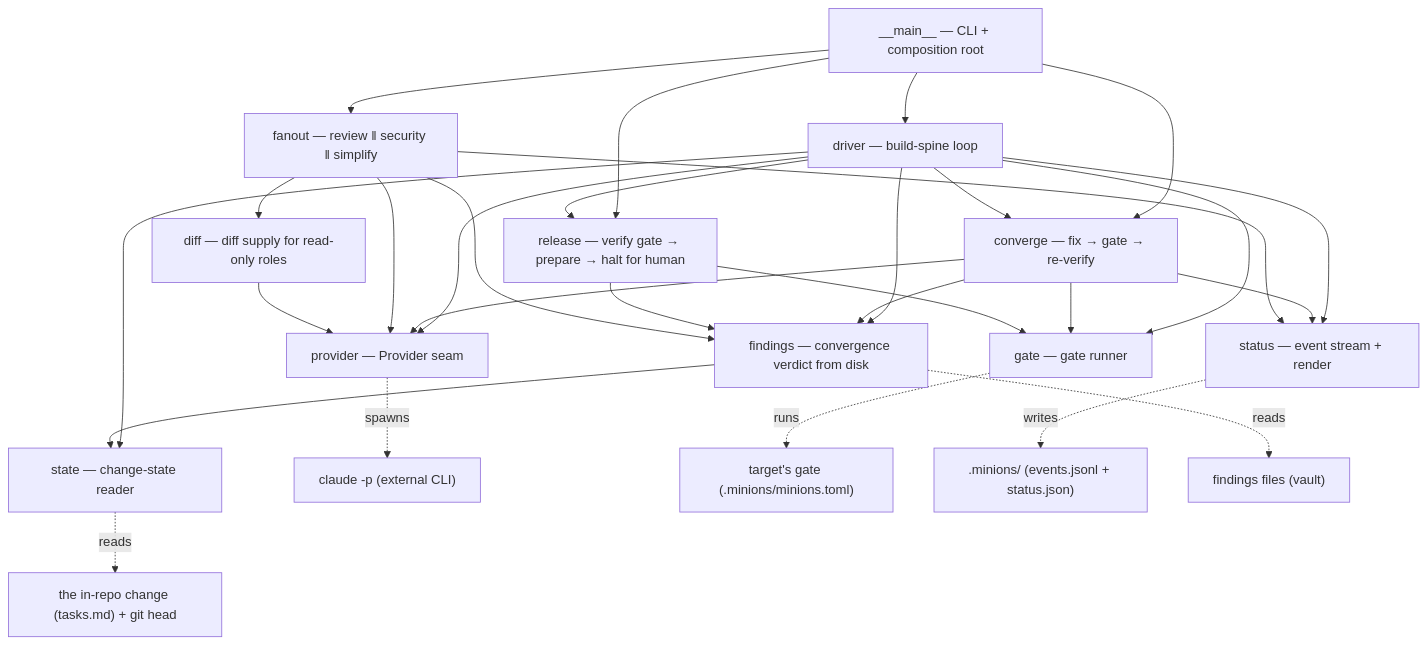
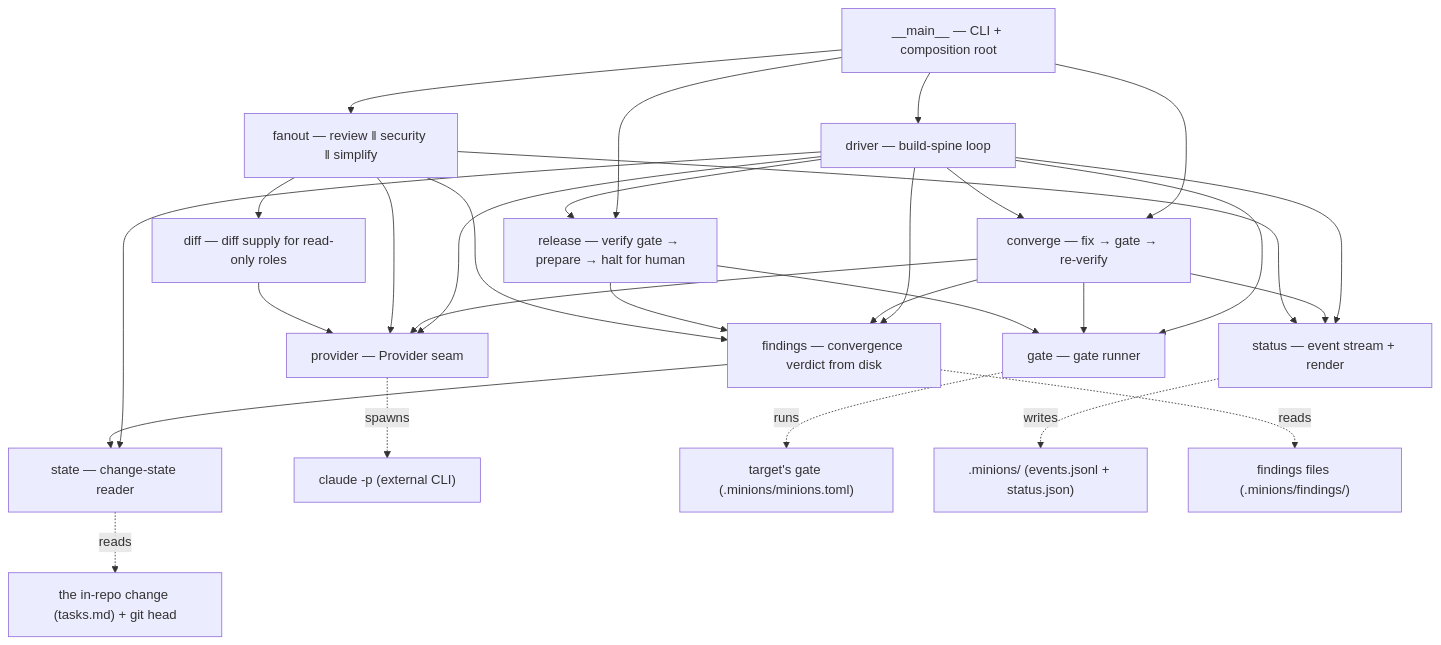
One commit to alxb1t/minionsfactory changed the diagram in docs/architecture.md. Above: the diagram before and after it, drawn with Mermaid. The commit also changed other lines of this file and 14 other files, not shown here.

````diff
--- a/docs/architecture.md
+++ b/docs/architecture.md
@@ -39,44 +41,44 @@
 ```mermaid
 graph TD
     main["__main__ — CLI + composition root"]
     driver["driver — build-spine loop"]
     converge["converge — fix → gate → re-verify"]
     release["release — verify gate → prepare → halt for human"]
     fanout["fanout — review ‖ security ‖ simplify"]
     diff["diff — diff supply for read-only roles"]
     findings["findings — convergence verdict from disk"]
     state["state — change-state reader"]
     gate["gate — gate runner"]
     provider["provider — Provider seam"]
     status["status — event stream + render"]
 
     main --> driver
     main --> converge
     main --> fanout
     main --> release
     driver --> converge
     driver --> release
     driver --> gate
     driver --> provider
     driver --> state
     driver --> status
     driver --> findings
     converge --> provider
     converge --> gate
     converge --> findings
     converge --> status
     release --> gate
     release --> findings
     fanout --> diff
     fanout --> findings
     fanout --> provider
     fanout --> status
     diff --> provider
     findings --> state
 
     provider -. spawns .-> claude["claude -p (external CLI)"]
     gate -. runs .-> targetgate["target's gate (.minions/minions.toml)"]
     state -. reads .-> disk["the in-repo change (tasks.md) + git head"]
     status -. writes .-> minions[".minions/ (events.jsonl + status.json)"]
-    findings -. reads .-> ff["findings files (vault)"]
+    findings -. reads .-> ff["findings files (.minions/findings/)"]
 ```
````
